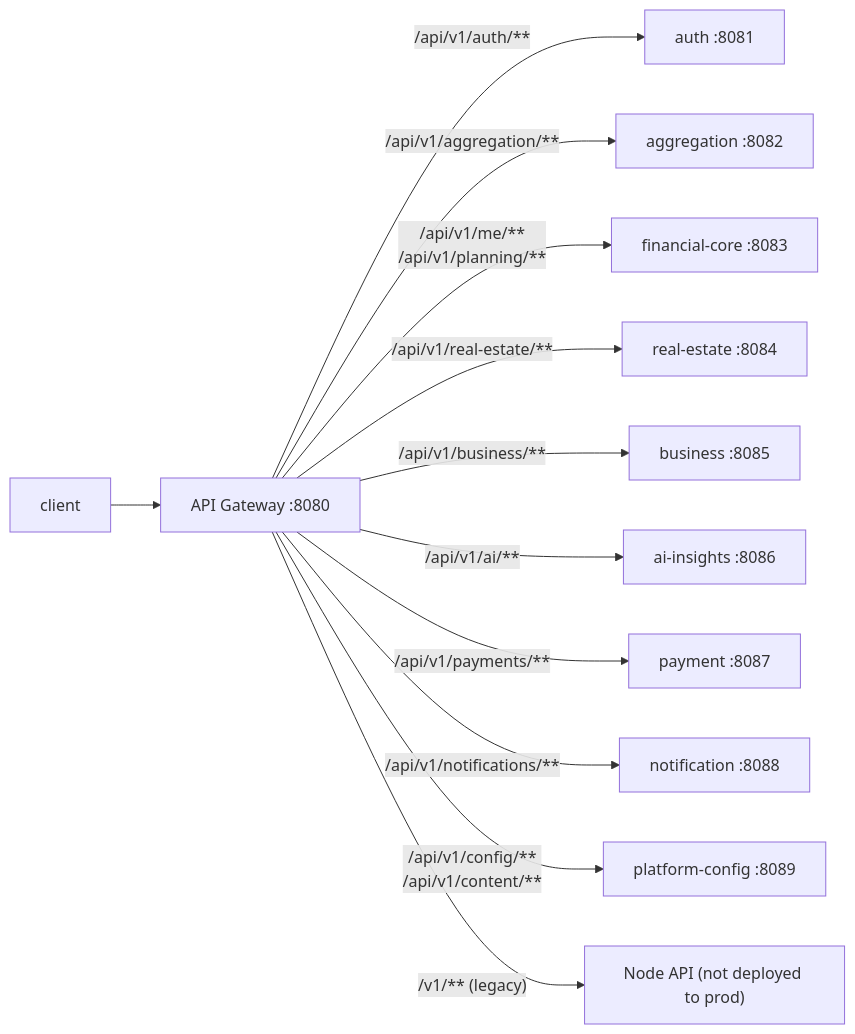
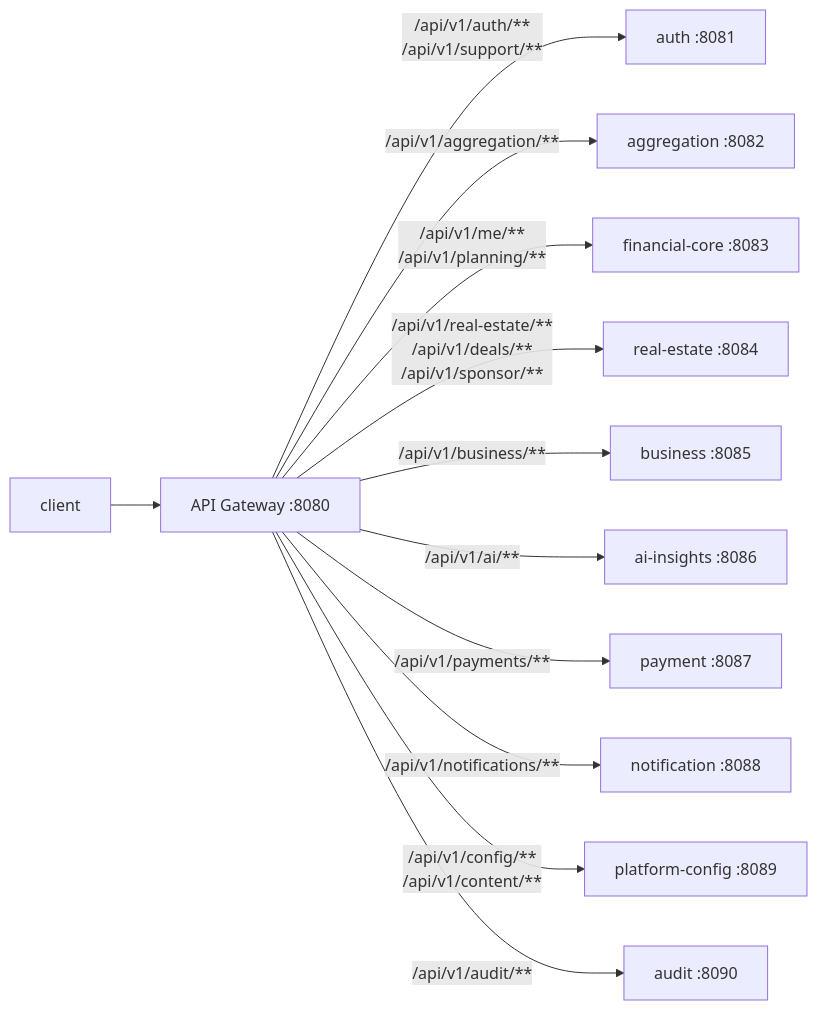
The second of 3 diagrams in docs/workflows/01-high-level-architecture.md (vadlapatlasuresh/my-wealth-management), drawn with Mermaid before and after one commit. The commit also changed other lines of this file and 195 other files, not shown here.

````diff
--- a/docs/workflows/01-high-level-architecture.md
+++ b/docs/workflows/01-high-level-architecture.md
@@ -61,14 +74,14 @@
 ```mermaid
 flowchart LR
     C["client"] --> GW["API Gateway :8080"]
-    GW -->|"/api/v1/auth/**"| AUTH[auth :8081]
+    GW -->|"/api/v1/auth/**<br/>/api/v1/support/**"| AUTH[auth :8081]
     GW -->|"/api/v1/aggregation/**"| AGG[aggregation :8082]
     GW -->|"/api/v1/me/**<br/>/api/v1/planning/**"| CORE[financial-core :8083]
-    GW -->|"/api/v1/real-estate/**"| RE[real-estate :8084]
+    GW -->|"/api/v1/real-estate/**<br/>/api/v1/deals/**<br/>/api/v1/sponsor/**"| RE[real-estate :8084]
     GW -->|"/api/v1/business/**"| BIZ[business :8085]
     GW -->|"/api/v1/ai/**"| AI[ai-insights :8086]
     GW -->|"/api/v1/payments/**"| PAY[payment :8087]
     GW -->|"/api/v1/notifications/**"| NOTIF[notification :8088]
     GW -->|"/api/v1/config/**<br/>/api/v1/content/**"| CFG[platform-config :8089]
-    GW -->|"/v1/** (legacy)"| NODE["Node API (not deployed to prod)"]
+    GW -->|"/api/v1/audit/**"| AUD[audit :8090]
 ```
````
